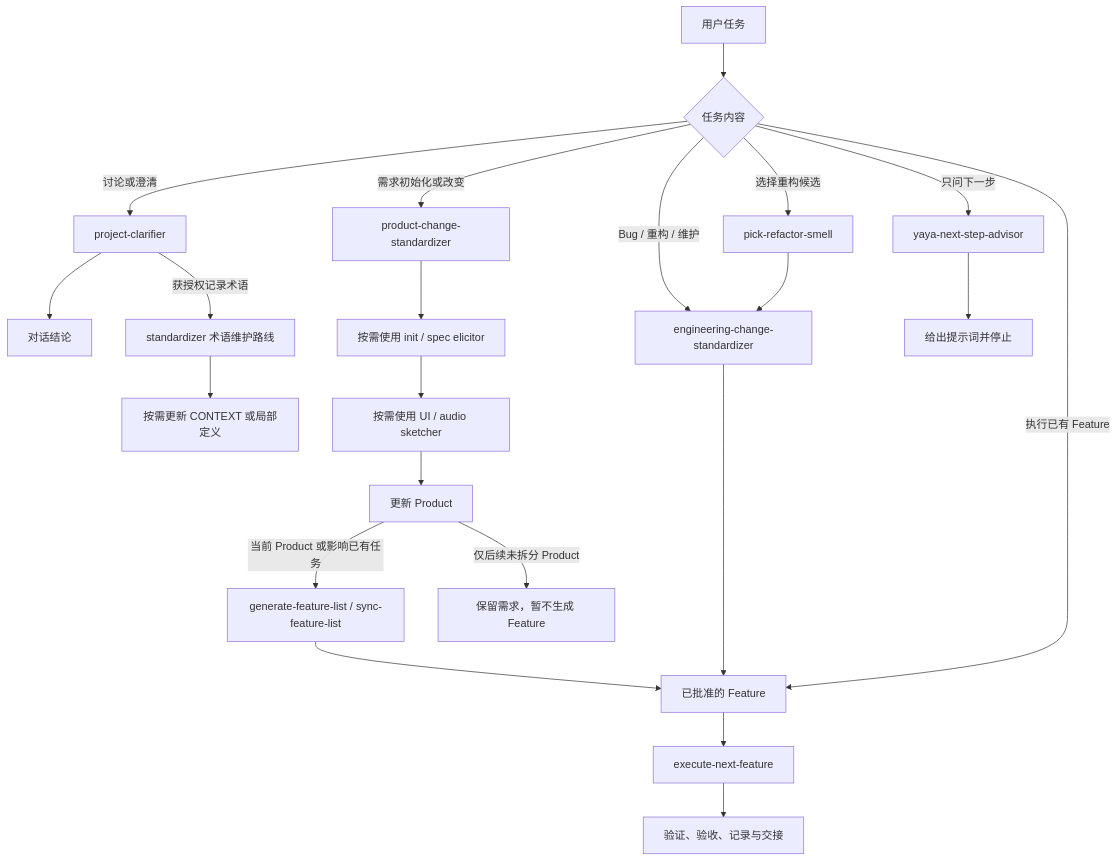
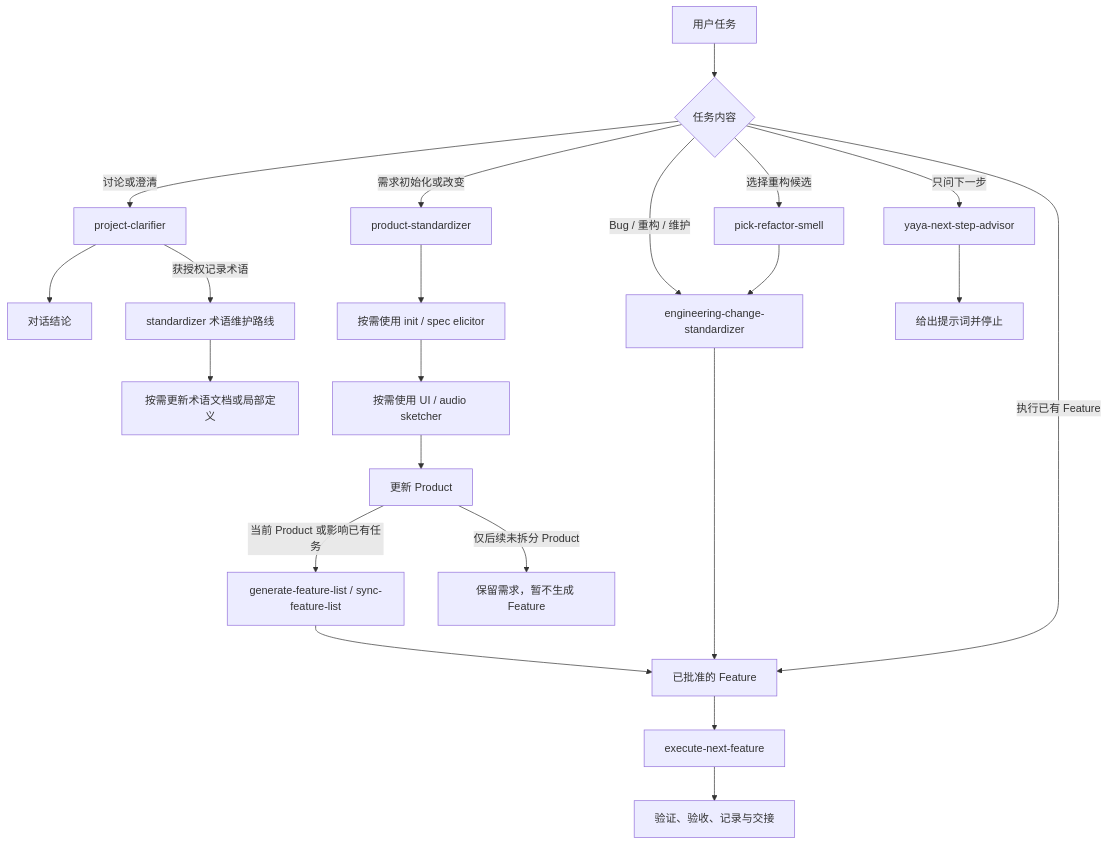
Before and after one commit to yxy823/Game_idle_yaya_frame: the first of 2 diagrams in project-source/Project_README.md, drawn with Mermaid. The commit also changed other lines of this file and 41 other files, not shown here.

````diff
--- a/project-source/Project_README.md
+++ b/project-source/Project_README.md
@@ -60,24 +60,24 @@
 ```mermaid
 flowchart TD
     U[用户任务] --> Q{任务内容}
     Q -->|讨论或澄清| C[project-clarifier]
     C --> O[对话结论]
     C -->|获授权记录术语| T[standardizer 术语维护路线]
-    T --> K[按需更新 CONTEXT 或局部定义]
-    Q -->|需求初始化或改变| P[product-change-standardizer]
+    T --> K[按需更新术语文档或局部定义]
+    Q -->|需求初始化或改变| P[product-standardizer]
     P --> I[按需使用 init / spec elicitor]
     I --> V[按需使用 UI / audio sketcher]
     V --> D[更新 Product]
     D -->|当前 Product 或影响已有任务| L[generate-feature-list / sync-feature-list]
     D -->|仅后续未拆分 Product| B[保留需求，暂不生成 Feature]
     Q -->|Bug / 重构 / 维护| E[engineering-change-standardizer]
     Q -->|选择重构候选| S[pick-refactor-smell]
     S --> E
     Q -->|只问下一步| A[yaya-next-step-advisor]
     A --> H[给出提示词并停止]
     L --> F[已批准的 Feature]
     E --> F
     Q -->|执行已有 Feature| F
     F --> X[execute-next-feature]
     X --> R[验证、验收、记录与交接]
 ```
````
